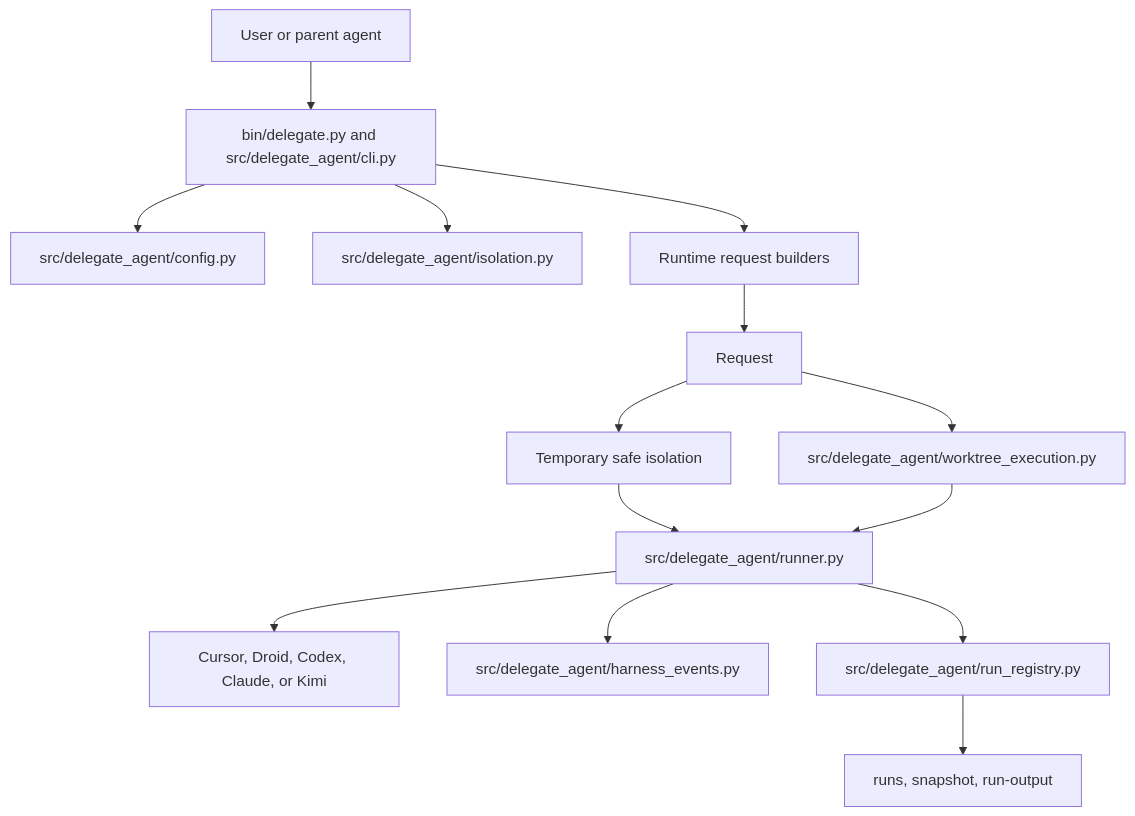
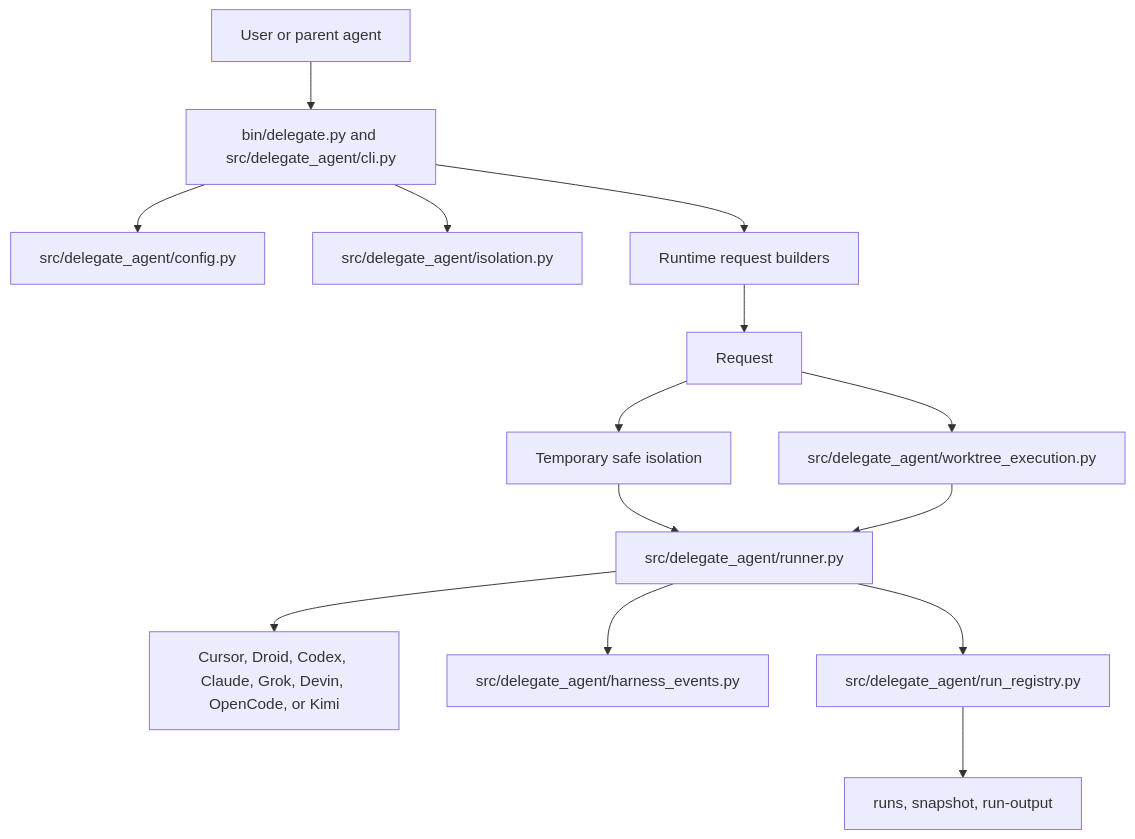
Before and after one commit to treygoff24/delegate-agent: the first of 3 diagrams in droid-wiki/overview/architecture.md, drawn with Mermaid. The commit also changed 25 other files, not shown here.

````diff
--- a/droid-wiki/overview/architecture.md
+++ b/droid-wiki/overview/architecture.md
@@ -7,16 +7,16 @@
 ```mermaid
 graph TD
     User[User or parent agent] --> CLI[bin/delegate.py and src/delegate_agent/cli.py]
     CLI --> Config[src/delegate_agent/config.py]
     CLI --> Isolation[src/delegate_agent/isolation.py]
     CLI --> Builders[Runtime request builders]
     Builders --> Request[Request]
     Request --> SafeIso[Temporary safe isolation]
     Request --> Worktree[src/delegate_agent/worktree_execution.py]
     SafeIso --> Runner[src/delegate_agent/runner.py]
     Worktree --> Runner
-    Runner --> Child[Cursor, Droid, Codex, Claude, or Kimi]
+    Runner --> Child[Cursor, Droid, Codex, Claude, Grok, Devin, OpenCode, or Kimi]
     Runner --> Events[src/delegate_agent/harness_events.py]
     Runner --> Registry[src/delegate_agent/run_registry.py]
     Registry --> Inspect[runs, snapshot, run-output]
 ```
````
